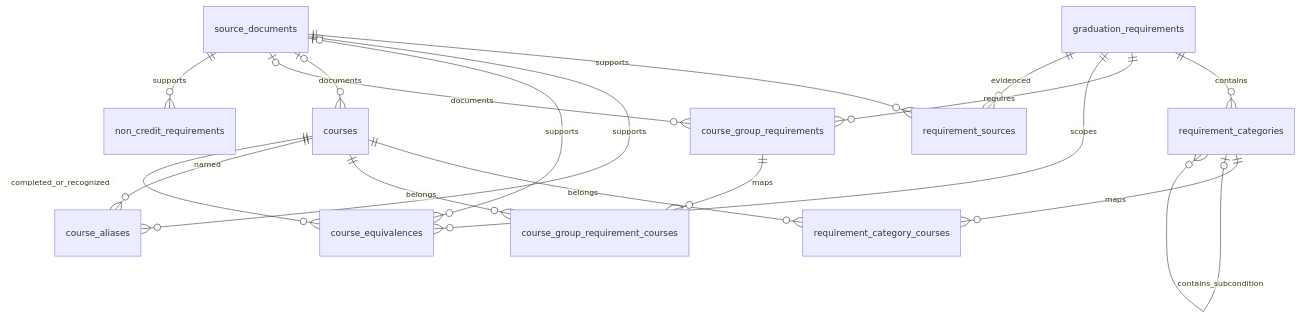
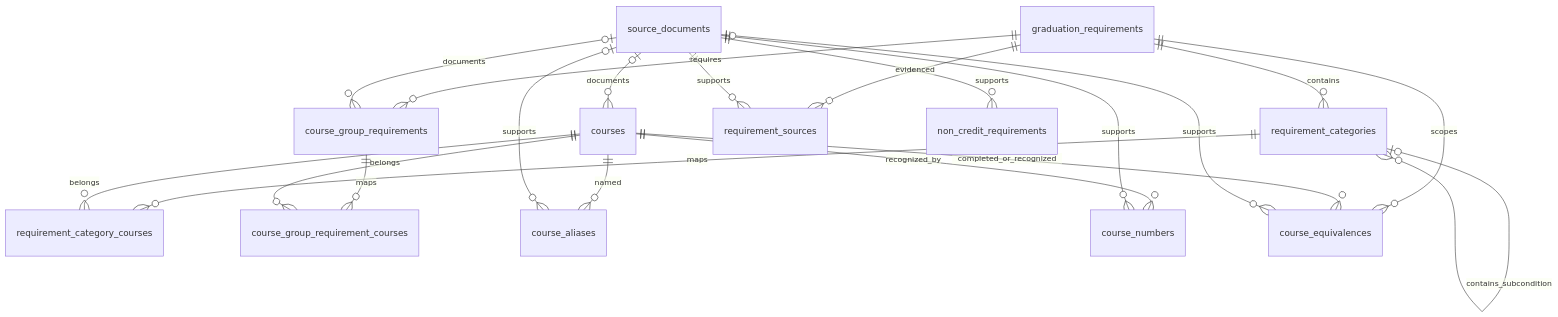
Before and after one commit to wonmnms/GradGak: the diagram in docs/db-schema.md, drawn with Mermaid. The commit also changed other lines of this file and 13 other files, not shown here.

````diff
--- a/docs/db-schema.md
+++ b/docs/db-schema.md
@@ -5,20 +5,22 @@
 ```mermaid
 erDiagram
     graduation_requirements ||--o{ requirement_categories : contains
     requirement_categories ||--o{ requirement_category_courses : maps
     requirement_categories o|--o{ requirement_categories : contains_subcondition
     courses ||--o{ requirement_category_courses : belongs
     graduation_requirements ||--o{ course_group_requirements : requires
     course_group_requirements ||--o{ course_group_requirement_courses : maps
     courses ||--o{ course_group_requirement_courses : belongs
     courses ||--o{ course_aliases : named
+    courses ||--o{ course_numbers : recognized_by
+    source_documents ||--o{ course_numbers : supports
     graduation_requirements ||--o{ course_equivalences : scopes
     courses ||--o{ course_equivalences : completed_or_recognized
     graduation_requirements ||--o{ requirement_sources : evidenced
     source_documents ||--o{ requirement_sources : supports
     source_documents o|--o{ course_aliases : supports
     source_documents o|--o{ course_equivalences : supports
     source_documents o|--o{ courses : documents
     source_documents o|--o{ course_group_requirements : documents
     source_documents ||--o{ non_credit_requirements : supports
 ```
````
